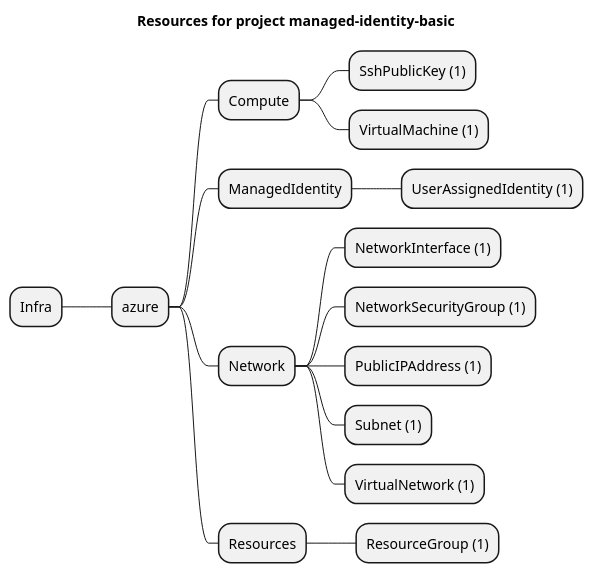
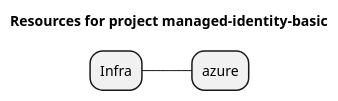
One commit to grucloud/grucloud changed the diagram in examples/azure/ManagedIdentity/managed-identity-basic/artifacts/resources-mindmap.puml. Above: the diagram before and after it, drawn with PlantUML. The commit also changed 19 other files, not shown here.

```diff
--- a/examples/azure/ManagedIdentity/managed-identity-basic/artifacts/resources-mindmap.puml
+++ b/examples/azure/ManagedIdentity/managed-identity-basic/artifacts/resources-mindmap.puml
@@ -1,19 +1,7 @@
 @startmindmap
 title Resources for project managed-identity-basic
 skinparam monochrome true
 + Infra
 ++ azure
-+++ Compute
-++++ SshPublicKey (1)
-++++ VirtualMachine (1)
-+++ ManagedIdentity
-++++ UserAssignedIdentity (1)
-+++ Network
-++++ NetworkInterface (1)
-++++ NetworkSecurityGroup (1)
-++++ PublicIPAddress (1)
-++++ Subnet (1)
-++++ VirtualNetwork (1)
-+++ Resources
-++++ ResourceGroup (1)
+
 @endmindmap
```
